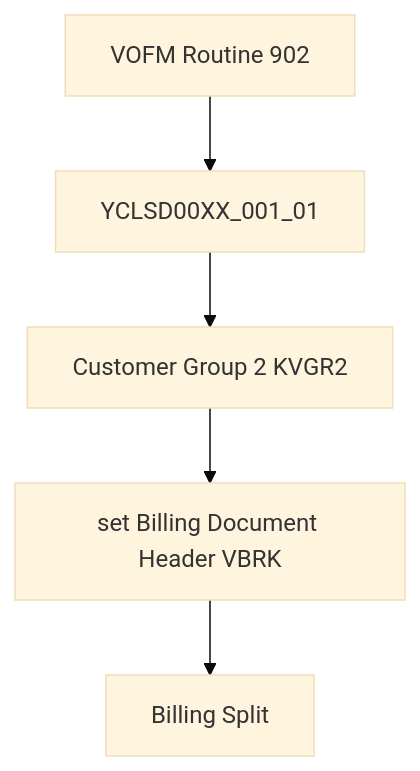
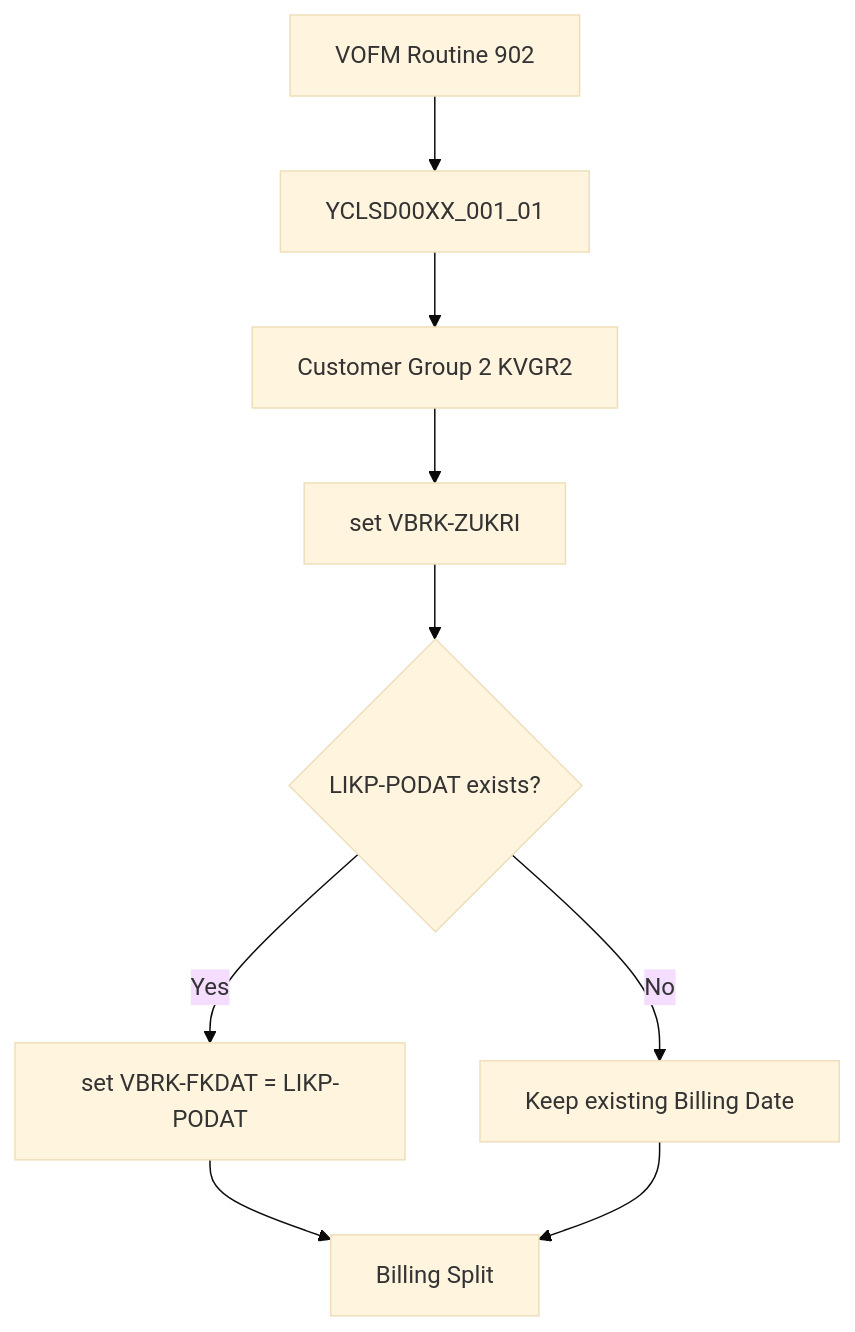
The second of 2 diagrams in sap/abap/Classical/demo1/README.md (blackif/demo), drawn with Mermaid (base theme) before and after one commit. The commit also changed other lines of this file, not shown here.

Commit message:
docs: clarify 902 acceptance billing date logic

````diff
--- a/sap/abap/Classical/demo1/README.md
+++ b/sap/abap/Classical/demo1/README.md
@@ -63,7 +67,11 @@
 ```mermaid
 flowchart TD
     A2[VOFM Routine 902] --> B2[YCLSD00XX_001_01]
     B2 --> C2[Customer Group 2 KVGR2]
-    C2 --> D2[set Billing Document Header VBRK]
-    D2 --> E2[Billing Split]
+    C2 --> D2[set VBRK-ZUKRI]
+    D2 --> E2{LIKP-PODAT exists?}
+    E2 -- Yes --> F2[set VBRK-FKDAT = LIKP-PODAT]
+    E2 -- No --> G2[Keep existing Billing Date]
+    F2 --> H2[Billing Split]
+    G2 --> H2
 ```
````
